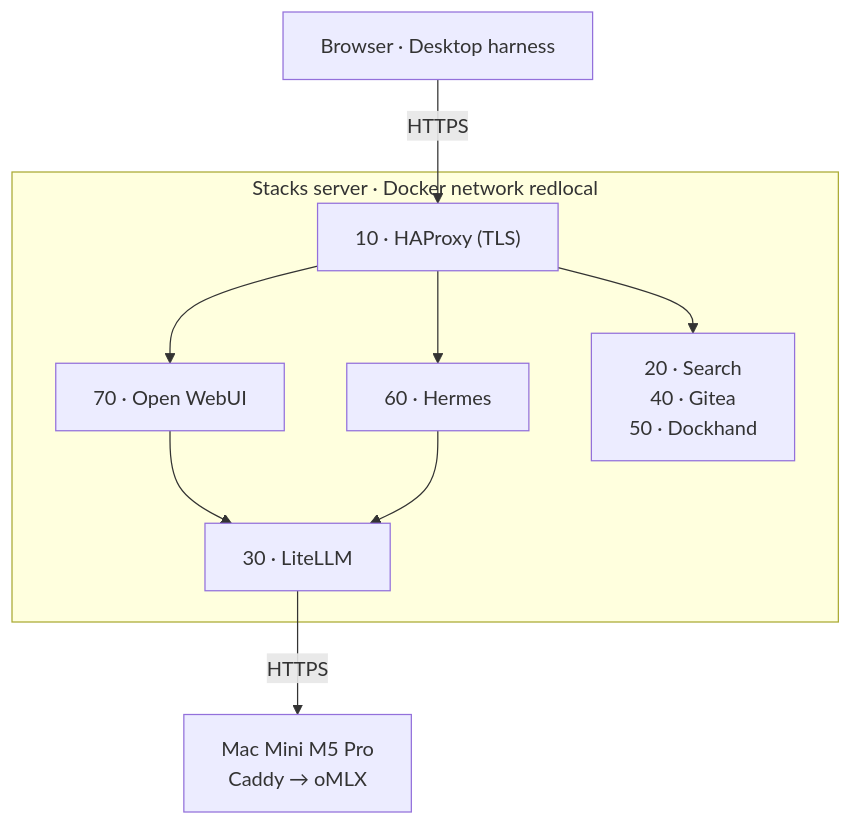
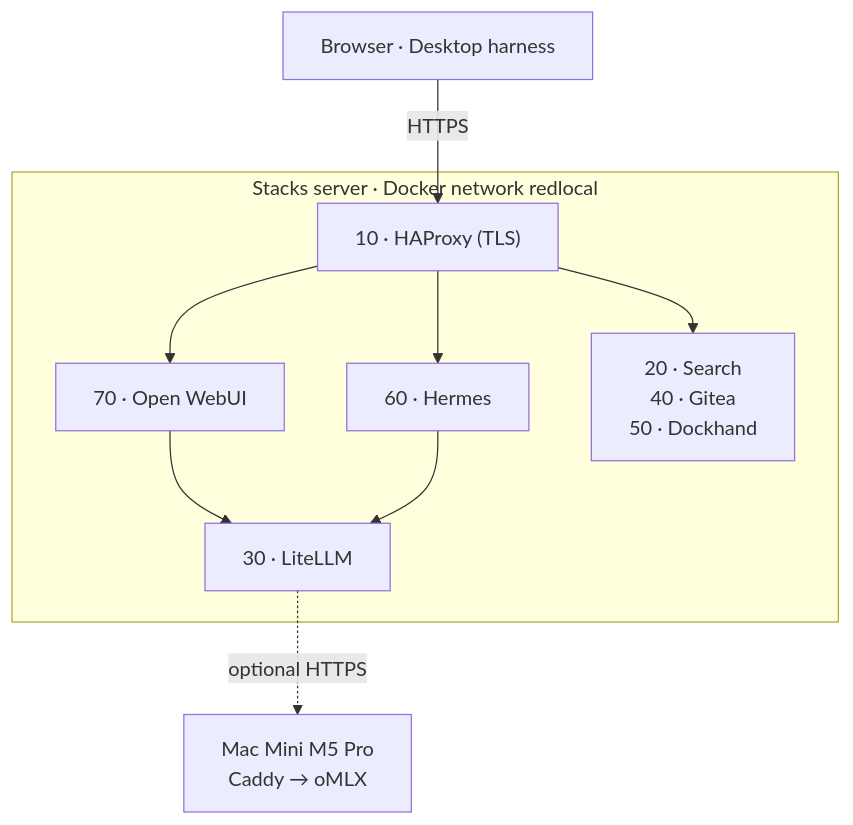
The diagram in README.md (ea1het/local_hybrid_ai), drawn with Mermaid before and after one commit. The commit also changed other lines of this file and 8 other files, not shown here.

````diff
--- a/README.md
+++ b/README.md
@@ -19,17 +21,17 @@
 ```mermaid
 flowchart TB
     Clients["Browser · Desktop harness"]
     subgraph server["Stacks server · Docker network redlocal"]
         HAProxy["10 · HAProxy (TLS)"]
         WebUI["70 · Open WebUI"]
         Hermes["60 · Hermes"]
         Others["20 · Search<br/>40 · Gitea<br/>50 · Dockhand"]
         LiteLLM["30 · LiteLLM"]
     end
     oMLX["Mac Mini M5 Pro 
     Caddy → oMLX"]
     Clients -->|HTTPS| HAProxy
     HAProxy --> WebUI & Hermes & Others
     WebUI & Hermes --> LiteLLM
-    LiteLLM -->|HTTPS| oMLX
+    LiteLLM -.->|optional HTTPS| oMLX
 ```
````
